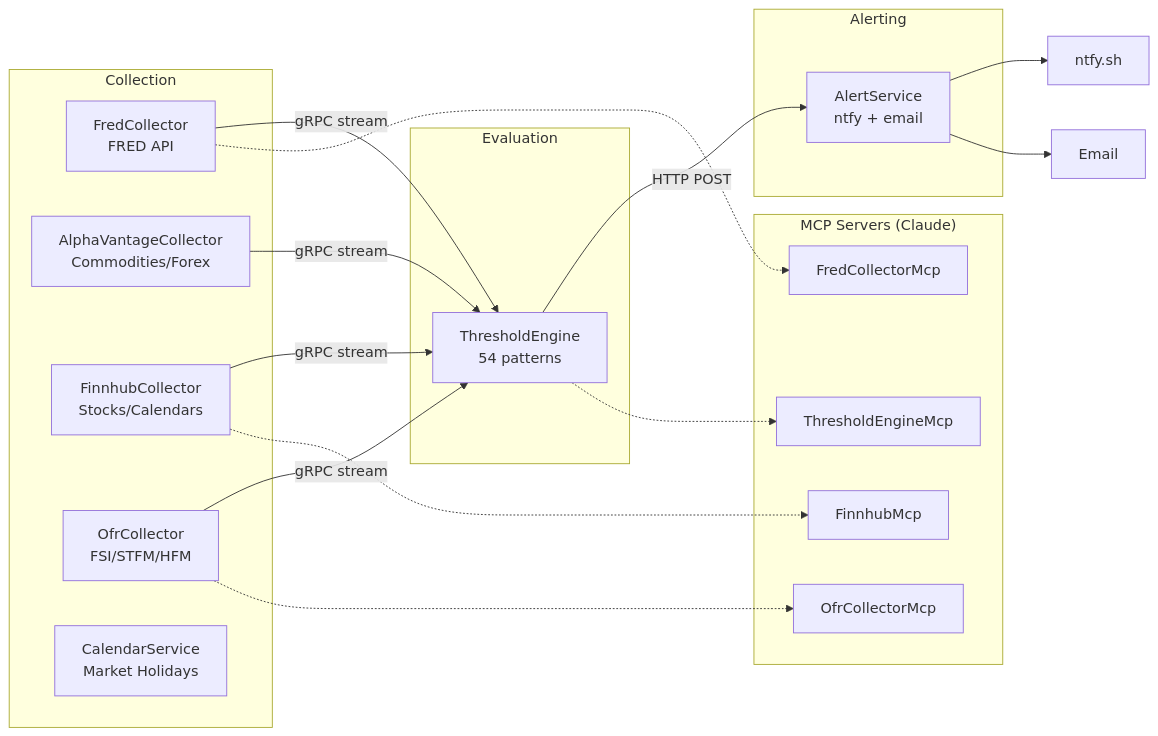
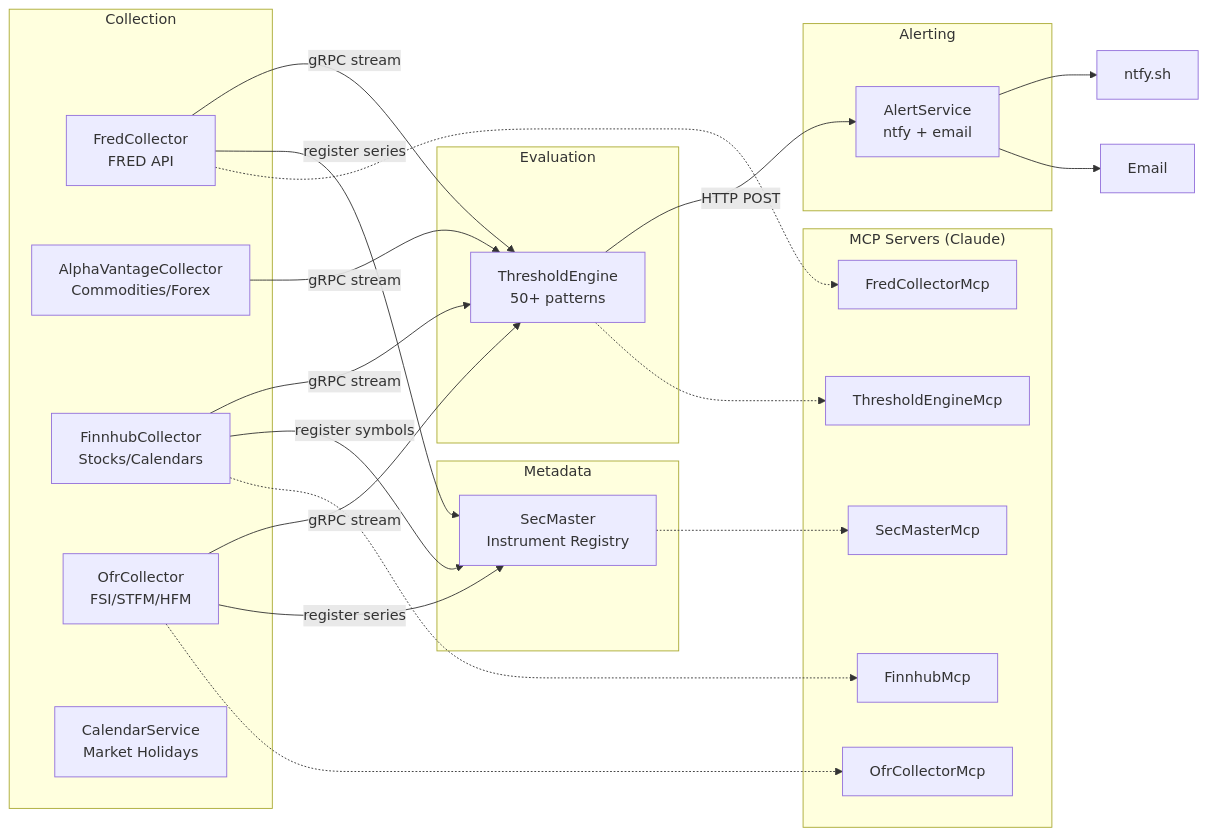
The first of 4 diagrams in docs/ARCHITECTURE.md (jpansarasa/ATLAS-Docs), drawn with Mermaid before and after one commit. The commit also changed other lines of this file and 24 other files, not shown here.

````diff
--- a/docs/ARCHITECTURE.md
+++ b/docs/ARCHITECTURE.md
@@ -7,38 +7,47 @@
 ```mermaid
 flowchart LR
     subgraph Collection
         FC[FredCollector<br/>FRED API]
         AV[AlphaVantageCollector<br/>Commodities/Forex]
         FH[FinnhubCollector<br/>Stocks/Calendars]
         OFR[OfrCollector<br/>FSI/STFM/HFM]
         CS[CalendarService<br/>Market Holidays]
     end
 
+    subgraph Metadata
+        SM[SecMaster<br/>Instrument Registry]
+    end
+
     subgraph Evaluation
-        TE[ThresholdEngine<br/>54 patterns]
+        TE[ThresholdEngine<br/>50+ patterns]
     end
 
     subgraph Alerting
         AS[AlertService<br/>ntfy + email]
     end
 
     subgraph MCP["MCP Servers (Claude)"]
         FM[FredCollectorMcp]
         TM[ThresholdEngineMcp]
         FHM[FinnhubMcp]
         OM[OfrCollectorMcp]
+        SMM[SecMasterMcp]
     end
 
     FC -->|gRPC stream| TE
     AV -->|gRPC stream| TE
     FH -->|gRPC stream| TE
     OFR -->|gRPC stream| TE
+    FC -->|register series| SM
+    FH -->|register symbols| SM
+    OFR -->|register series| SM
     TE -->|HTTP POST| AS
     AS --> N[ntfy.sh]
     AS --> E[Email]
 
     FC -.-> FM
     TE -.-> TM
     FH -.-> FHM
     OFR -.-> OM
+    SM -.-> SMM
 ```
````
